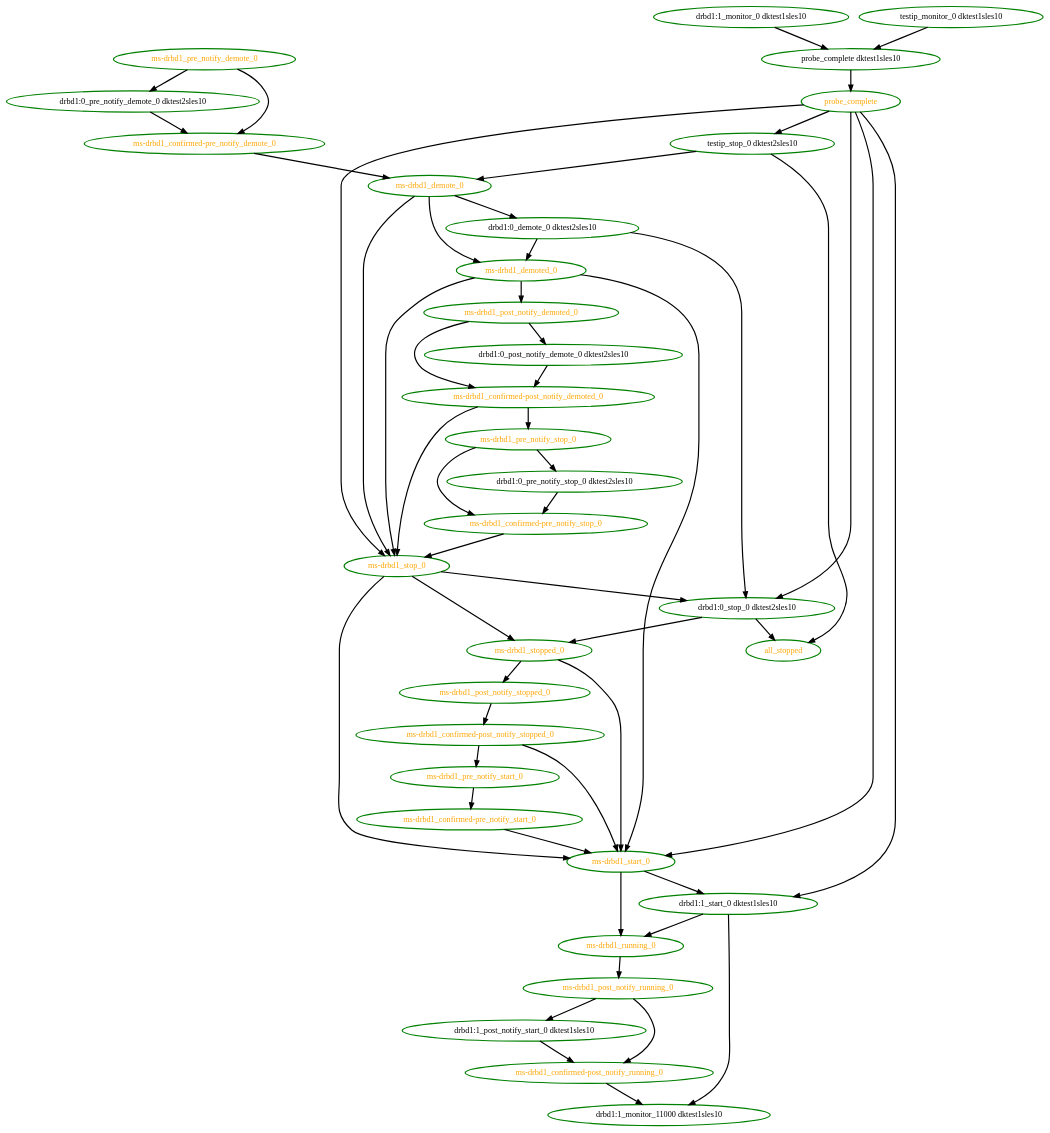
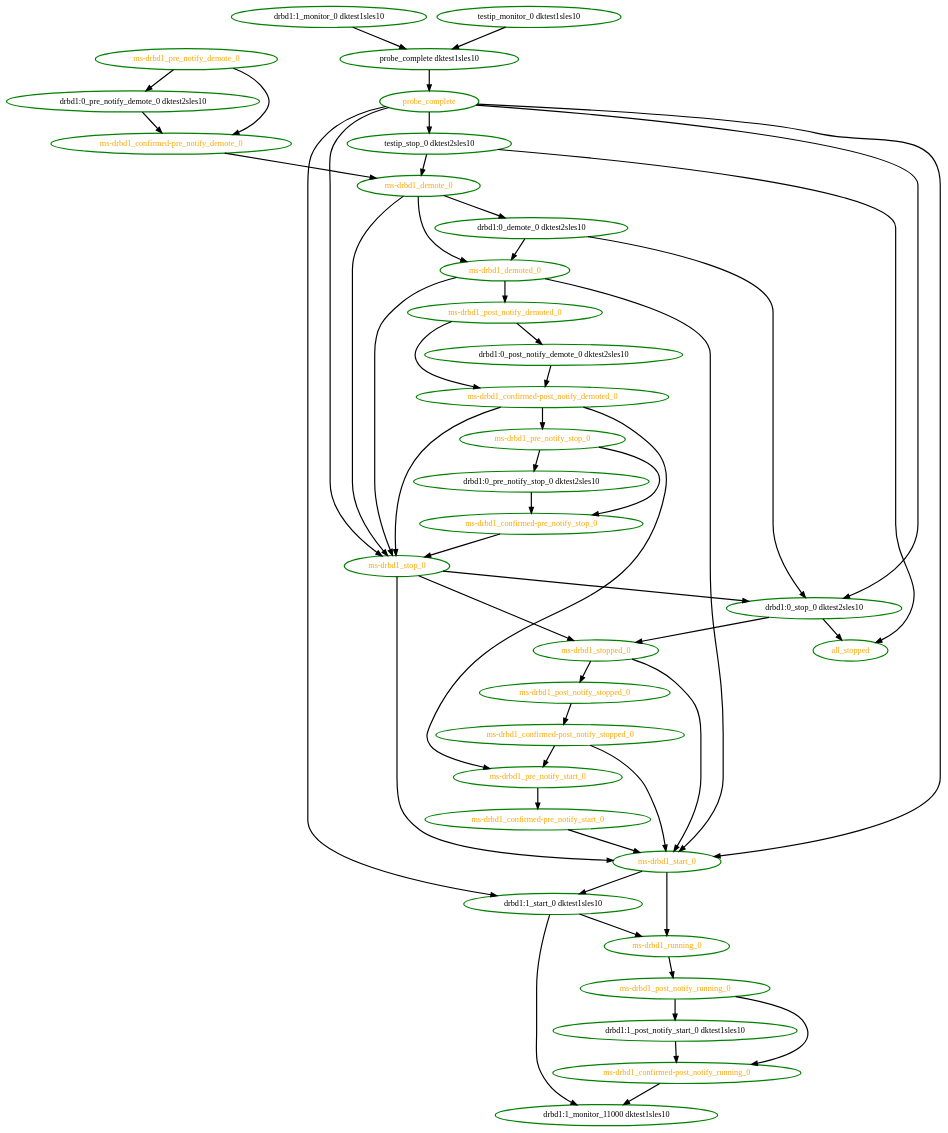
Before and after one commit to linux-ha-japan/pm_diskd: the diagram in pengine/test10/clone-no-shuffle.dot, drawn with Graphviz. The commit also changed 10 other files, not shown here.

Commit message:
High: PE: Provide inter-notification ordering guarantees We dont want pre-stop notifications being delivered at the same time as pre-start

```diff
--- a/pengine/test10/clone-no-shuffle.dot
+++ b/pengine/test10/clone-no-shuffle.dot
@@ -1,86 +1,87 @@
 digraph "g" {
 "all_stopped" [ style=bold color="green" fontcolor="orange"  ]
 "drbd1:0_demote_0 dktest2sles10" -> "drbd1:0_stop_0 dktest2sles10" [ style = bold]
 "drbd1:0_demote_0 dktest2sles10" -> "ms-drbd1_demoted_0" [ style = bold]
 "drbd1:0_demote_0 dktest2sles10" [ style=bold color="green" fontcolor="black"  ]
 "drbd1:0_post_notify_demote_0 dktest2sles10" -> "ms-drbd1_confirmed-post_notify_demoted_0" [ style = bold]
 "drbd1:0_post_notify_demote_0 dktest2sles10" [ style=bold color="green" fontcolor="black"  ]
 "drbd1:0_pre_notify_demote_0 dktest2sles10" -> "ms-drbd1_confirmed-pre_notify_demote_0" [ style = bold]
 "drbd1:0_pre_notify_demote_0 dktest2sles10" [ style=bold color="green" fontcolor="black"  ]
 "drbd1:0_pre_notify_stop_0 dktest2sles10" -> "ms-drbd1_confirmed-pre_notify_stop_0" [ style = bold]
 "drbd1:0_pre_notify_stop_0 dktest2sles10" [ style=bold color="green" fontcolor="black"  ]
 "drbd1:0_stop_0 dktest2sles10" -> "all_stopped" [ style = bold]
 "drbd1:0_stop_0 dktest2sles10" -> "ms-drbd1_stopped_0" [ style = bold]
 "drbd1:0_stop_0 dktest2sles10" [ style=bold color="green" fontcolor="black"  ]
 "drbd1:1_monitor_0 dktest1sles10" -> "probe_complete dktest1sles10" [ style = bold]
 "drbd1:1_monitor_0 dktest1sles10" [ style=bold color="green" fontcolor="black"  ]
 "drbd1:1_monitor_11000 dktest1sles10" [ style=bold color="green" fontcolor="black"  ]
 "drbd1:1_post_notify_start_0 dktest1sles10" -> "ms-drbd1_confirmed-post_notify_running_0" [ style = bold]
 "drbd1:1_post_notify_start_0 dktest1sles10" [ style=bold color="green" fontcolor="black"  ]
 "drbd1:1_start_0 dktest1sles10" -> "drbd1:1_monitor_11000 dktest1sles10" [ style = bold]
 "drbd1:1_start_0 dktest1sles10" -> "ms-drbd1_running_0" [ style = bold]
 "drbd1:1_start_0 dktest1sles10" [ style=bold color="green" fontcolor="black"  ]
+"ms-drbd1_confirmed-post_notify_demoted_0" -> "ms-drbd1_pre_notify_start_0" [ style = bold]
 "ms-drbd1_confirmed-post_notify_demoted_0" -> "ms-drbd1_pre_notify_stop_0" [ style = bold]
 "ms-drbd1_confirmed-post_notify_demoted_0" -> "ms-drbd1_stop_0" [ style = bold]
 "ms-drbd1_confirmed-post_notify_demoted_0" [ style=bold color="green" fontcolor="orange"  ]
 "ms-drbd1_confirmed-post_notify_running_0" -> "drbd1:1_monitor_11000 dktest1sles10" [ style = bold]
 "ms-drbd1_confirmed-post_notify_running_0" [ style=bold color="green" fontcolor="orange"  ]
 "ms-drbd1_confirmed-post_notify_stopped_0" -> "ms-drbd1_pre_notify_start_0" [ style = bold]
 "ms-drbd1_confirmed-post_notify_stopped_0" -> "ms-drbd1_start_0" [ style = bold]
 "ms-drbd1_confirmed-post_notify_stopped_0" [ style=bold color="green" fontcolor="orange"  ]
 "ms-drbd1_confirmed-pre_notify_demote_0" -> "ms-drbd1_demote_0" [ style = bold]
 "ms-drbd1_confirmed-pre_notify_demote_0" [ style=bold color="green" fontcolor="orange"  ]
 "ms-drbd1_confirmed-pre_notify_start_0" -> "ms-drbd1_start_0" [ style = bold]
 "ms-drbd1_confirmed-pre_notify_start_0" [ style=bold color="green" fontcolor="orange"  ]
 "ms-drbd1_confirmed-pre_notify_stop_0" -> "ms-drbd1_stop_0" [ style = bold]
 "ms-drbd1_confirmed-pre_notify_stop_0" [ style=bold color="green" fontcolor="orange"  ]
 "ms-drbd1_demote_0" -> "drbd1:0_demote_0 dktest2sles10" [ style = bold]
 "ms-drbd1_demote_0" -> "ms-drbd1_demoted_0" [ style = bold]
 "ms-drbd1_demote_0" -> "ms-drbd1_stop_0" [ style = bold]
 "ms-drbd1_demote_0" [ style=bold color="green" fontcolor="orange"  ]
 "ms-drbd1_demoted_0" -> "ms-drbd1_post_notify_demoted_0" [ style = bold]
 "ms-drbd1_demoted_0" -> "ms-drbd1_start_0" [ style = bold]
 "ms-drbd1_demoted_0" -> "ms-drbd1_stop_0" [ style = bold]
 "ms-drbd1_demoted_0" [ style=bold color="green" fontcolor="orange"  ]
 "ms-drbd1_post_notify_demoted_0" -> "drbd1:0_post_notify_demote_0 dktest2sles10" [ style = bold]
 "ms-drbd1_post_notify_demoted_0" -> "ms-drbd1_confirmed-post_notify_demoted_0" [ style = bold]
 "ms-drbd1_post_notify_demoted_0" [ style=bold color="green" fontcolor="orange"  ]
 "ms-drbd1_post_notify_running_0" -> "drbd1:1_post_notify_start_0 dktest1sles10" [ style = bold]
 "ms-drbd1_post_notify_running_0" -> "ms-drbd1_confirmed-post_notify_running_0" [ style = bold]
 "ms-drbd1_post_notify_running_0" [ style=bold color="green" fontcolor="orange"  ]
 "ms-drbd1_post_notify_stopped_0" -> "ms-drbd1_confirmed-post_notify_stopped_0" [ style = bold]
 "ms-drbd1_post_notify_stopped_0" [ style=bold color="green" fontcolor="orange"  ]
 "ms-drbd1_pre_notify_demote_0" -> "drbd1:0_pre_notify_demote_0 dktest2sles10" [ style = bold]
 "ms-drbd1_pre_notify_demote_0" -> "ms-drbd1_confirmed-pre_notify_demote_0" [ style = bold]
 "ms-drbd1_pre_notify_demote_0" [ style=bold color="green" fontcolor="orange"  ]
 "ms-drbd1_pre_notify_start_0" -> "ms-drbd1_confirmed-pre_notify_start_0" [ style = bold]
 "ms-drbd1_pre_notify_start_0" [ style=bold color="green" fontcolor="orange"  ]
 "ms-drbd1_pre_notify_stop_0" -> "drbd1:0_pre_notify_stop_0 dktest2sles10" [ style = bold]
 "ms-drbd1_pre_notify_stop_0" -> "ms-drbd1_confirmed-pre_notify_stop_0" [ style = bold]
 "ms-drbd1_pre_notify_stop_0" [ style=bold color="green" fontcolor="orange"  ]
 "ms-drbd1_running_0" -> "ms-drbd1_post_notify_running_0" [ style = bold]
 "ms-drbd1_running_0" [ style=bold color="green" fontcolor="orange"  ]
 "ms-drbd1_start_0" -> "drbd1:1_start_0 dktest1sles10" [ style = bold]
 "ms-drbd1_start_0" -> "ms-drbd1_running_0" [ style = bold]
 "ms-drbd1_start_0" [ style=bold color="green" fontcolor="orange"  ]
 "ms-drbd1_stop_0" -> "drbd1:0_stop_0 dktest2sles10" [ style = bold]
 "ms-drbd1_stop_0" -> "ms-drbd1_start_0" [ style = bold]
 "ms-drbd1_stop_0" -> "ms-drbd1_stopped_0" [ style = bold]
 "ms-drbd1_stop_0" [ style=bold color="green" fontcolor="orange"  ]
 "ms-drbd1_stopped_0" -> "ms-drbd1_post_notify_stopped_0" [ style = bold]
 "ms-drbd1_stopped_0" -> "ms-drbd1_start_0" [ style = bold]
 "ms-drbd1_stopped_0" [ style=bold color="green" fontcolor="orange"  ]
 "probe_complete dktest1sles10" -> "probe_complete" [ style = bold]
 "probe_complete dktest1sles10" [ style=bold color="green" fontcolor="black"  ]
 "probe_complete" -> "drbd1:0_stop_0 dktest2sles10" [ style = bold]
 "probe_complete" -> "drbd1:1_start_0 dktest1sles10" [ style = bold]
 "probe_complete" -> "ms-drbd1_start_0" [ style = bold]
 "probe_complete" -> "ms-drbd1_stop_0" [ style = bold]
 "probe_complete" -> "testip_stop_0 dktest2sles10" [ style = bold]
 "probe_complete" [ style=bold color="green" fontcolor="orange"  ]
 "testip_monitor_0 dktest1sles10" -> "probe_complete dktest1sles10" [ style = bold]
 "testip_monitor_0 dktest1sles10" [ style=bold color="green" fontcolor="black"  ]
 "testip_stop_0 dktest2sles10" -> "all_stopped" [ style = bold]
 "testip_stop_0 dktest2sles10" -> "ms-drbd1_demote_0" [ style = bold]
 "testip_stop_0 dktest2sles10" [ style=bold color="green" fontcolor="black"  ]
 }
```
